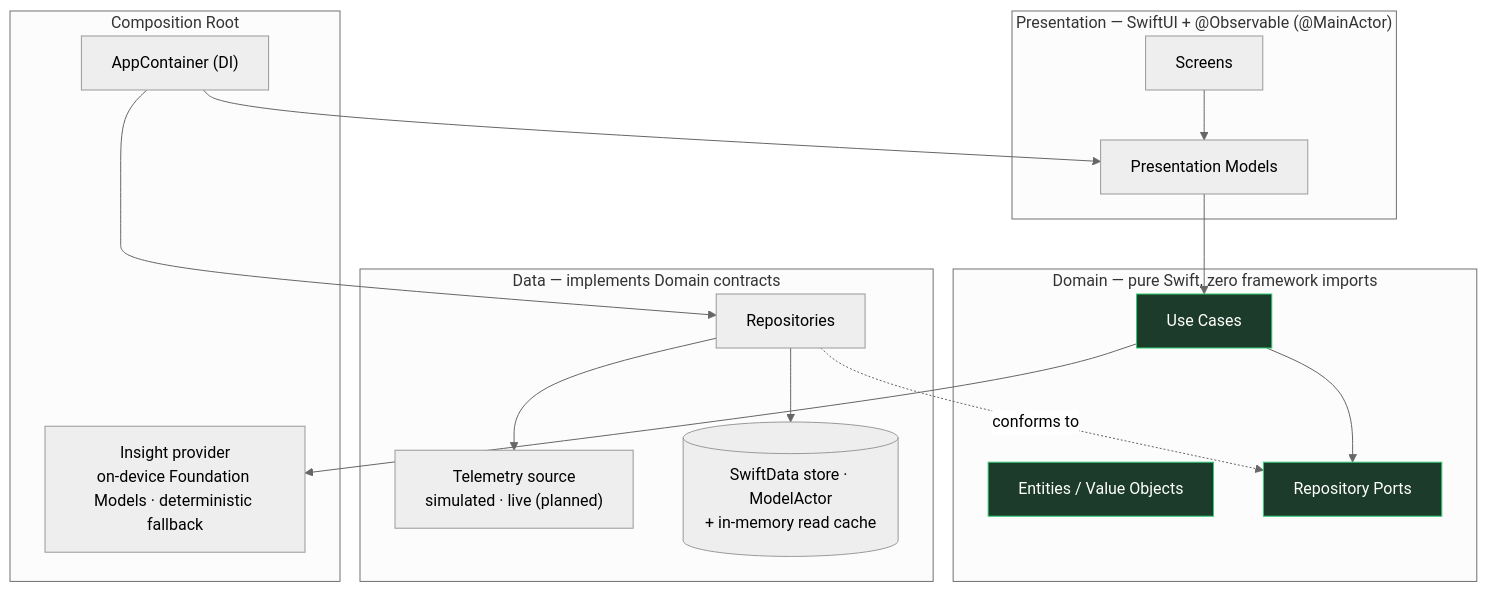
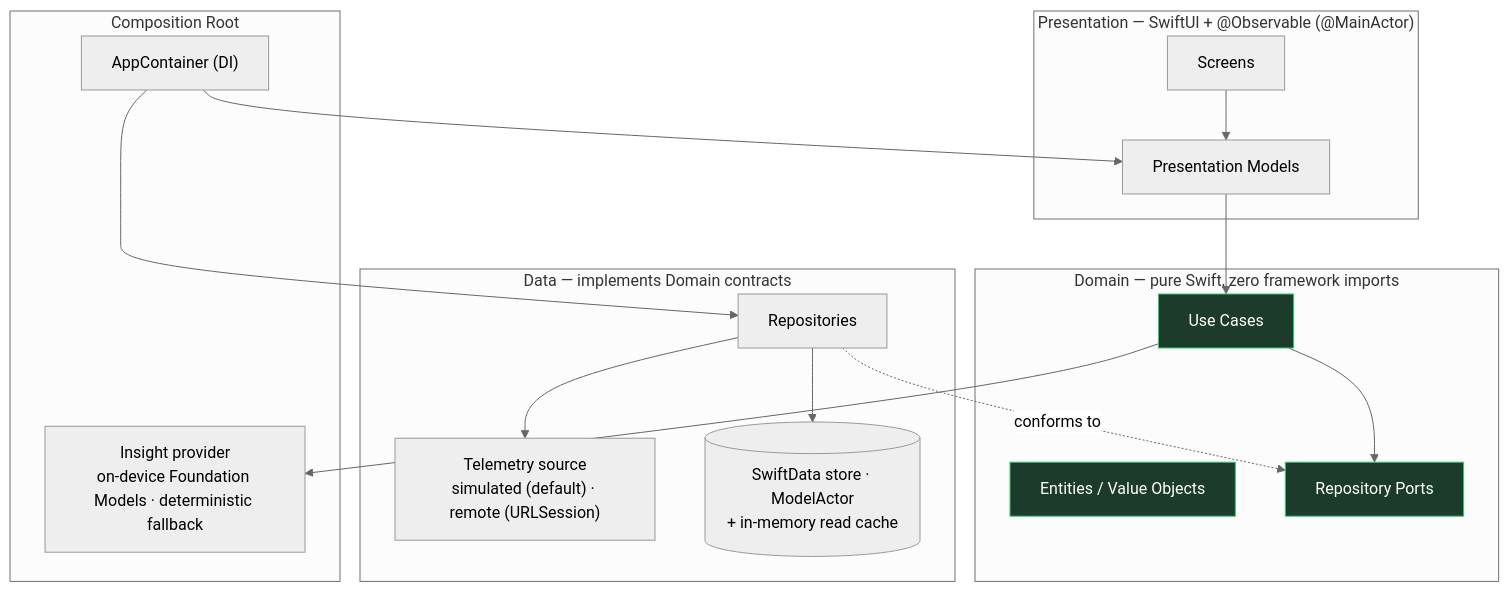
Before and after one commit to donatogomez/signal-flow: the first of 2 diagrams in README.md, drawn with Mermaid (neutral theme). The commit also changed other lines of this file and 25 other files, not shown here.

````diff
--- a/README.md
+++ b/README.md
@@ -80,33 +81,33 @@
 ```mermaid
 flowchart TB
     subgraph Presentation["Presentation — SwiftUI + @Observable (@MainActor)"]
         V[Screens]
         PM[Presentation Models]
     end
     subgraph Domain["Domain — pure Swift, zero framework imports"]
         UC[Use Cases]
         E[Entities / Value Objects]
         RP[Repository Ports]
     end
     subgraph Data["Data — implements Domain contracts"]
         REPO[Repositories]
-        GW["Telemetry source<br/>simulated · live (planned)"]
+        GW["Telemetry source<br/>simulated (default) · remote (URLSession)"]
         STORE[("SwiftData store · ModelActor<br/>+ in-memory read cache")]
     end
     subgraph Platform["Composition Root"]
         DI["AppContainer (DI)"]
         FM["Insight provider<br/>on-device Foundation Models · deterministic fallback"]
     end
 
     V --> PM --> UC
     UC --> RP
     REPO -. conforms to .-> RP
     REPO --> GW
     REPO --> STORE
     DI --> REPO
     DI --> PM
     UC --> FM
 
     classDef domain fill:#1d3b2a,stroke:#2ecc71,color:#fff;
     class UC,E,RP domain;
 ```
````
